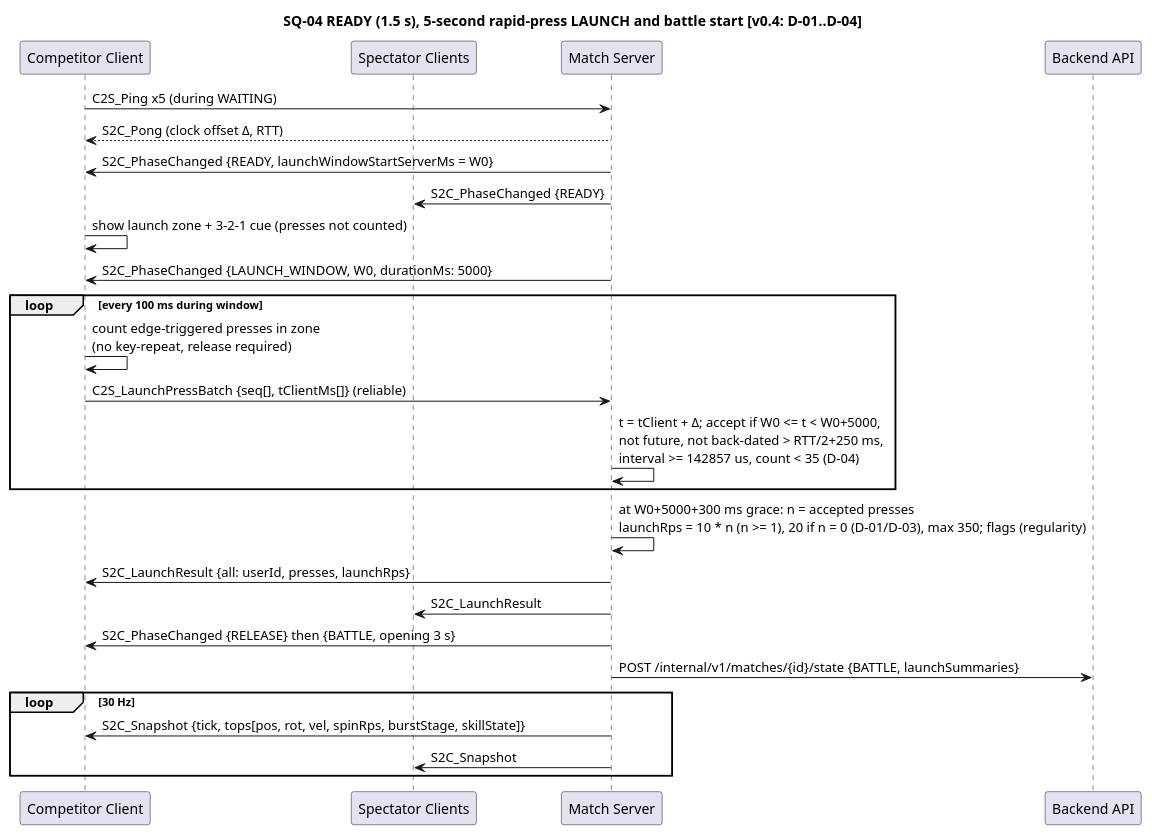
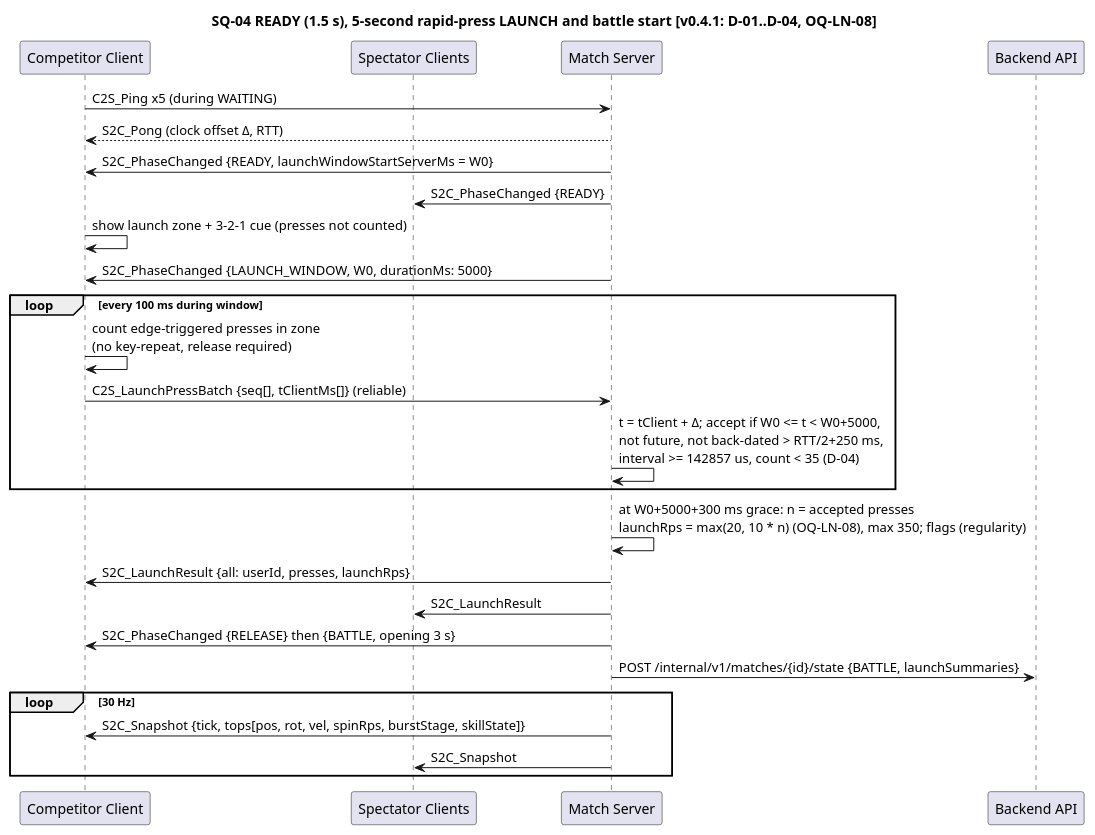
One commit to houcine212-hub/Bayblade_Sesytem changed the diagram in docs/02-uml/sequence/SQ-04-launch-start.puml. Above: the diagram before and after it, drawn with PlantUML. The commit also changed 38 other files, not shown here.

```diff
--- a/docs/02-uml/sequence/SQ-04-launch-start.puml
+++ b/docs/02-uml/sequence/SQ-04-launch-start.puml
@@ -1,27 +1,27 @@
 @startuml SQ-04
-title SQ-04 READY (1.5 s), 5-second rapid-press LAUNCH and battle start [v0.4: D-01..D-04]
+title SQ-04 READY (1.5 s), 5-second rapid-press LAUNCH and battle start [v0.4.1: D-01..D-04, OQ-LN-08]
 participant "Competitor Client" as C
 participant "Spectator Clients" as S
 participant "Match Server" as MS
 participant "Backend API" as B
 C -> MS : C2S_Ping x5 (during WAITING) 
 MS --> C : S2C_Pong (clock offset Δ, RTT)
 MS -> C : S2C_PhaseChanged {READY, launchWindowStartServerMs = W0}
 MS -> S : S2C_PhaseChanged {READY}
 C -> C : show launch zone + 3-2-1 cue (presses not counted)
 MS -> C : S2C_PhaseChanged {LAUNCH_WINDOW, W0, durationMs: 5000}
 loop every 100 ms during window
   C -> C : count edge-triggered presses in zone\n(no key-repeat, release required)
   C -> MS : C2S_LaunchPressBatch {seq[], tClientMs[]} (reliable)
   MS -> MS : t = tClient + Δ; accept if W0 <= t < W0+5000,\nnot future, not back-dated > RTT/2+250 ms,\ninterval >= 142857 us, count < 35 (D-04)
 end
-MS -> MS : at W0+5000+300 ms grace: n = accepted presses\nlaunchRps = 10 * n (n >= 1), 20 if n = 0 (D-01/D-03), max 350; flags (regularity)
+MS -> MS : at W0+5000+300 ms grace: n = accepted presses\nlaunchRps = max(20, 10 * n) (OQ-LN-08), max 350; flags (regularity)
 MS -> C : S2C_LaunchResult {all: userId, presses, launchRps}
 MS -> S : S2C_LaunchResult
 MS -> C : S2C_PhaseChanged {RELEASE} then {BATTLE, opening 3 s}
 MS -> B : POST /internal/v1/matches/{id}/state {BATTLE, launchSummaries}
 loop 30 Hz
   MS -> C : S2C_Snapshot {tick, tops[pos, rot, vel, spinRps, burstStage, skillState]}
   MS -> S : S2C_Snapshot
 end
 @enduml
```
